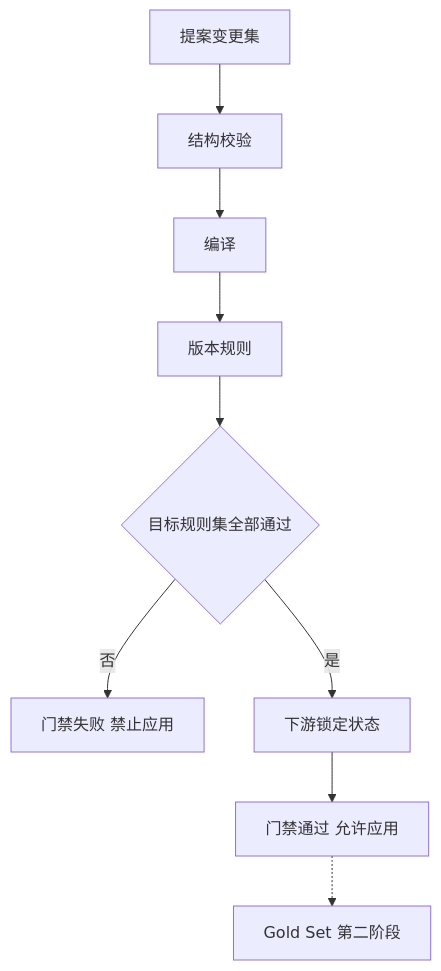
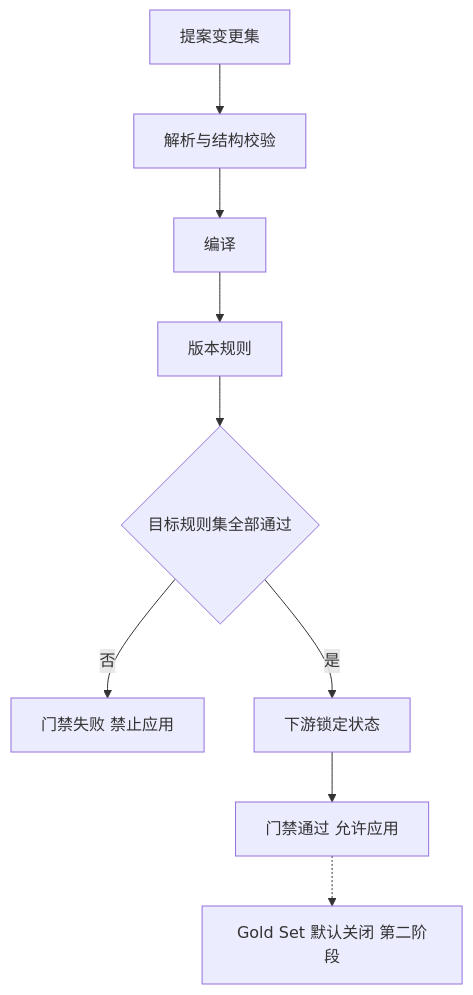
One commit to mickorz/MahjongRuleKB changed the first of 3 diagrams in dev-docs/design/2026-11-24-RuleStudio需求文档.md. Above: the diagram before and after it, drawn with Mermaid. The commit also changed other lines of this file and 3 other files, not shown here.

````diff
--- a/dev-docs/design/2026-11-24-RuleStudio需求文档.md
+++ b/dev-docs/design/2026-11-24-RuleStudio需求文档.md
@@ -200,11 +204,11 @@
 ```mermaid
 flowchart TD
-    P[提案变更集] --> G1[结构校验]
+    P[提案变更集] --> G1[解析与结构校验]
     G1 --> G2[编译]
     G2 --> G3[版本规则]
     G3 --> Q{目标规则集全部通过}
     Q -->|否| FAIL[门禁失败 禁止应用]
     Q -->|是| G4[下游锁定状态]
     G4 --> OK[门禁通过 允许应用]
-    OK -.-> G5[Gold Set 第二阶段]
+    OK -.-> G5[Gold Set 默认关闭 第二阶段]
 ```
````
